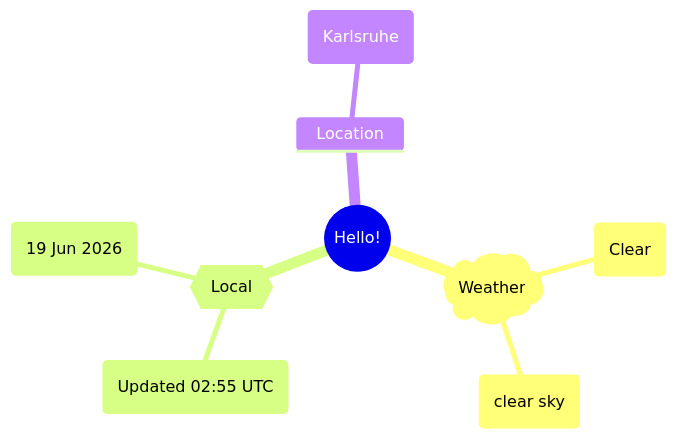
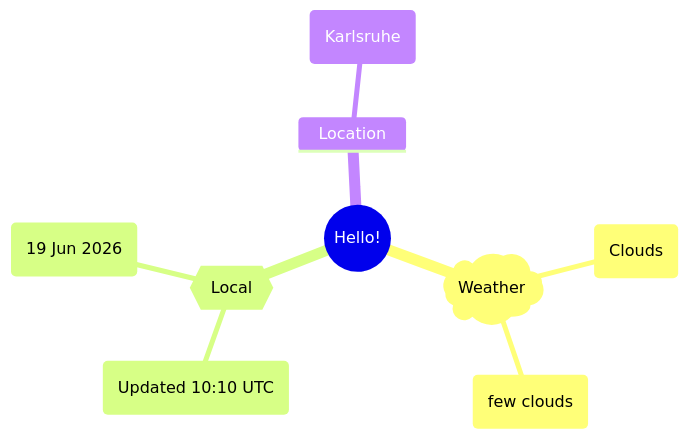
The first of 2 diagrams in README.md (Xosrov/Xosrov), drawn with Mermaid before and after one commit.

Commit message:
[bot] updated images

````diff
--- a/README.md
+++ b/README.md
@@ -3,12 +3,12 @@
 ```mermaid
 mindmap
   root((Hello!))
     )Weather(
-        (Clear)
-        (clear sky)
+        (Clouds)
+        (few clouds)
     {{Local}}
-        (Updated 02:55 UTC)
+        (Updated 10:10 UTC)
         (19 Jun 2026)
     Location
         (Karlsruhe)
 ```
````
